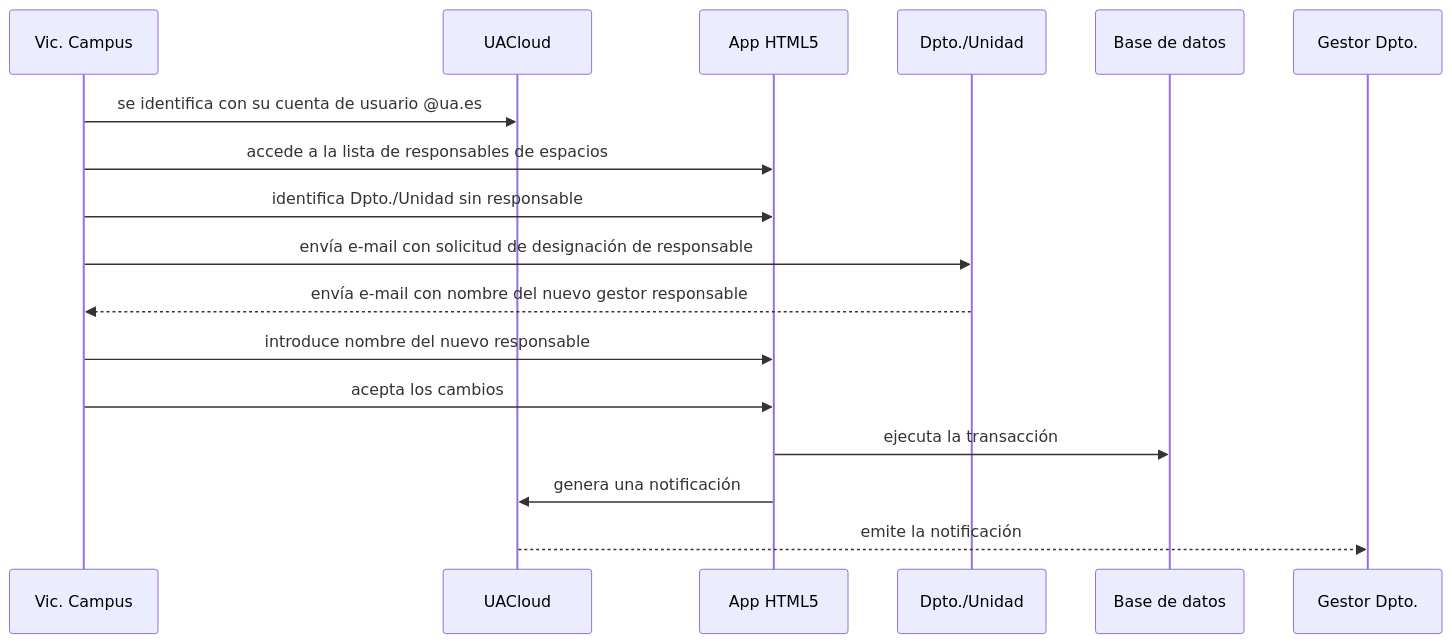
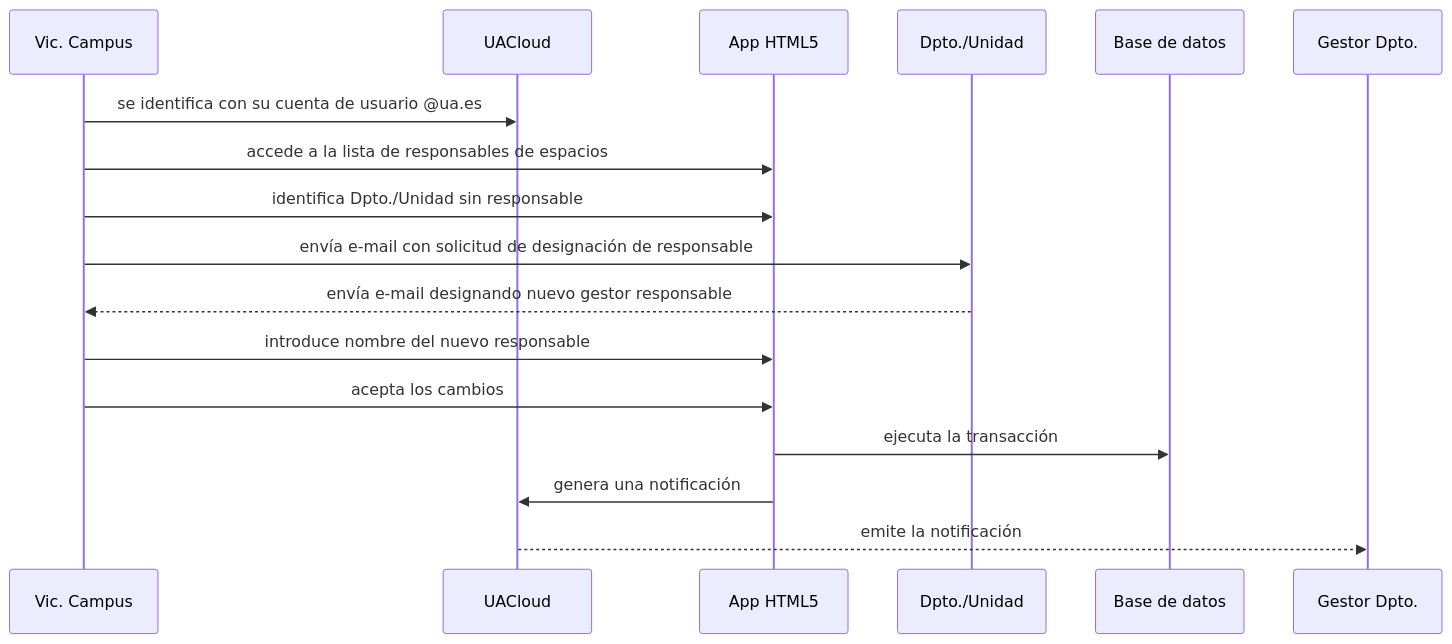
Before and after one commit to labgeo/ua-mods: the diagram in ds05-2.md, drawn with Mermaid.

```diff
--- a/ds05-2.md
+++ b/ds05-2.md
@@ -5,13 +5,13 @@
 {% mermaid %}
 sequenceDiagram;
   Vic. Campus->>UACloud: se identifica con su cuenta de usuario @ua.es;
   Vic. Campus->>App HTML5: accede a la lista de responsables de espacios;
   Vic. Campus->>App HTML5: identifica Dpto./Unidad sin responsable;
   Vic. Campus->>Dpto./Unidad: envía e-mail con solicitud de designación de responsable;
-  Dpto./Unidad-->>Vic. Campus: envía e-mail con nombre del nuevo gestor responsable;
+  Dpto./Unidad-->>Vic. Campus: envía e-mail designando nuevo gestor responsable;
   Vic. Campus->>App HTML5: introduce nombre del nuevo responsable;
   Vic. Campus->>App HTML5: acepta los cambios;
   App HTML5->>Base de datos: ejecuta la transacción;
   App HTML5->>UACloud: genera una notificación;
   UACloud-->>Gestor Dpto.: emite la notificación;
 {% endmermaid %}
```
